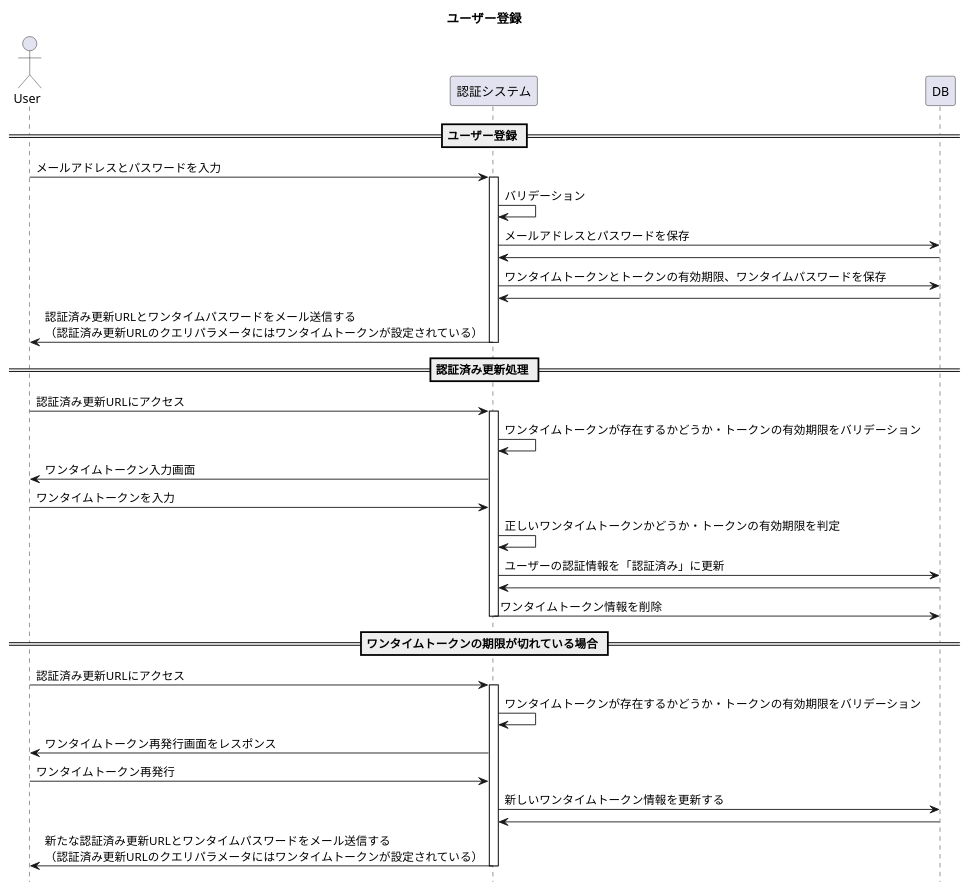
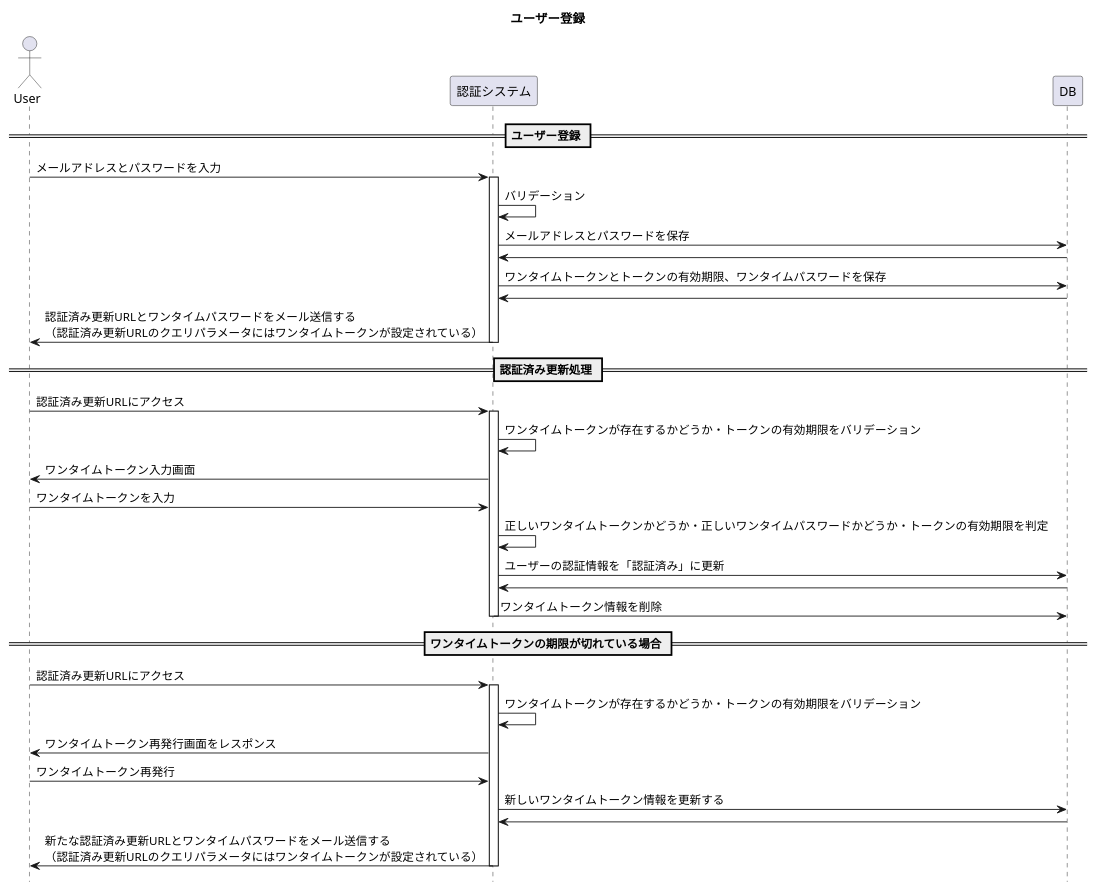
Before and after one commit to h-maki2/identityAccess: the diagram in modelingDiagram/sequenceDiagrams/userRegister.pu, drawn with PlantUML. The commit also changed 3 other files, not shown here.

```diff
--- a/modelingDiagram/sequenceDiagrams/userRegister.pu
+++ b/modelingDiagram/sequenceDiagrams/userRegister.pu
@@ -1,43 +1,43 @@
 @startuml userRegister
 title ユーザー登録
 hide footbox
 
 Actor User
 participant "認証システム" as authSystem
 participant DB 
 
 == ユーザー登録 ==
 User -> authSystem : メールアドレスとパスワードを入力
 activate authSystem
 authSystem -> authSystem : バリデーション
 authSystem -> DB : メールアドレスとパスワードを保存
 authSystem <- DB
 authSystem -> DB : ワンタイムトークンとトークンの有効期限、ワンタイムパスワードを保存
 authSystem <- DB
 User <- authSystem : 認証済み更新URLとワンタイムパスワードをメール送信する\n（認証済み更新URLのクエリパラメータにはワンタイムトークンが設定されている）
 deactivate authSystem
 
 == 認証済み更新処理 ==
 User -> authSystem : 認証済み更新URLにアクセス
 activate authSystem
 authSystem -> authSystem : ワンタイムトークンが存在するかどうか・トークンの有効期限をバリデーション
 User <- authSystem : ワンタイムトークン入力画面
 User -> authSystem : ワンタイムトークンを入力
-authSystem -> authSystem : 正しいワンタイムトークンかどうか・トークンの有効期限を判定
+authSystem -> authSystem : 正しいワンタイムトークンかどうか・正しいワンタイムパスワードかどうか・トークンの有効期限を判定
 authSystem -> DB : ユーザーの認証情報を「認証済み」に更新
 authSystem <- DB
 authSystem -> DB : ワンタイムトークン情報を削除
 deactivate authSystem
 
 == ワンタイムトークンの期限が切れている場合 ==
 User -> authSystem : 認証済み更新URLにアクセス
 activate authSystem
 authSystem -> authSystem : ワンタイムトークンが存在するかどうか・トークンの有効期限をバリデーション
 User <- authSystem : ワンタイムトークン再発行画面をレスポンス
 User -> authSystem : ワンタイムトークン再発行
 authSystem -> DB : 新しいワンタイムトークン情報を更新する
 authSystem <- DB
 User <- authSystem : 新たな認証済み更新URLとワンタイムパスワードをメール送信する\n（認証済み更新URLのクエリパラメータにはワンタイムトークンが設定されている）
 deactivate authSystem
 
 @enduml
```
